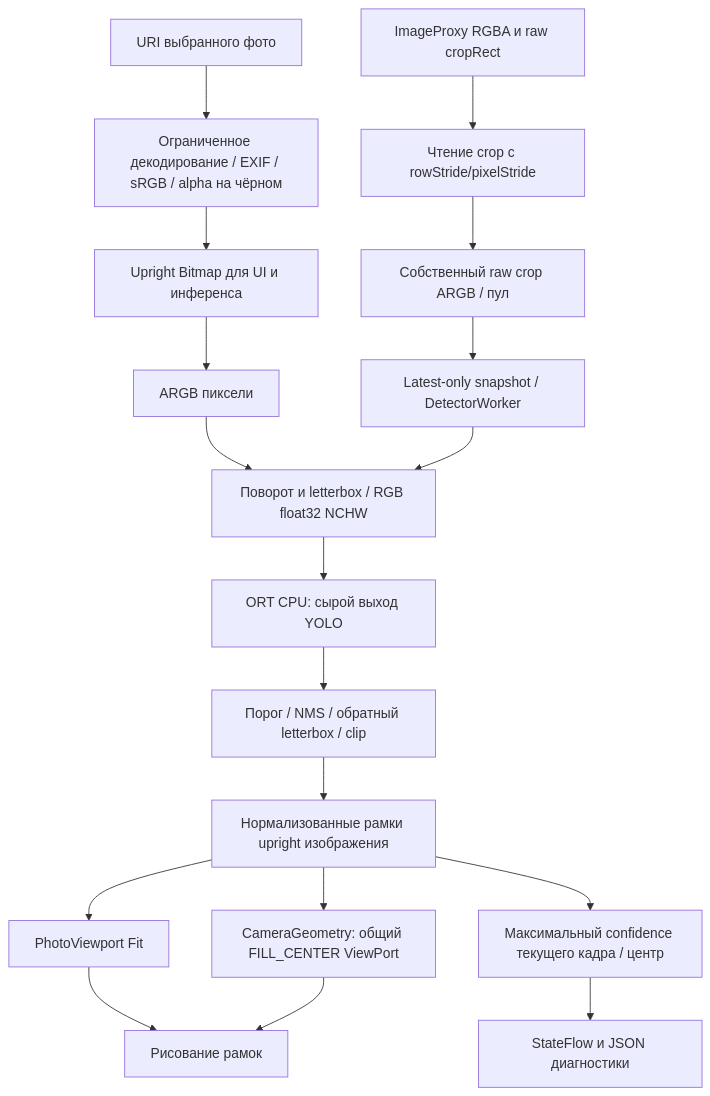
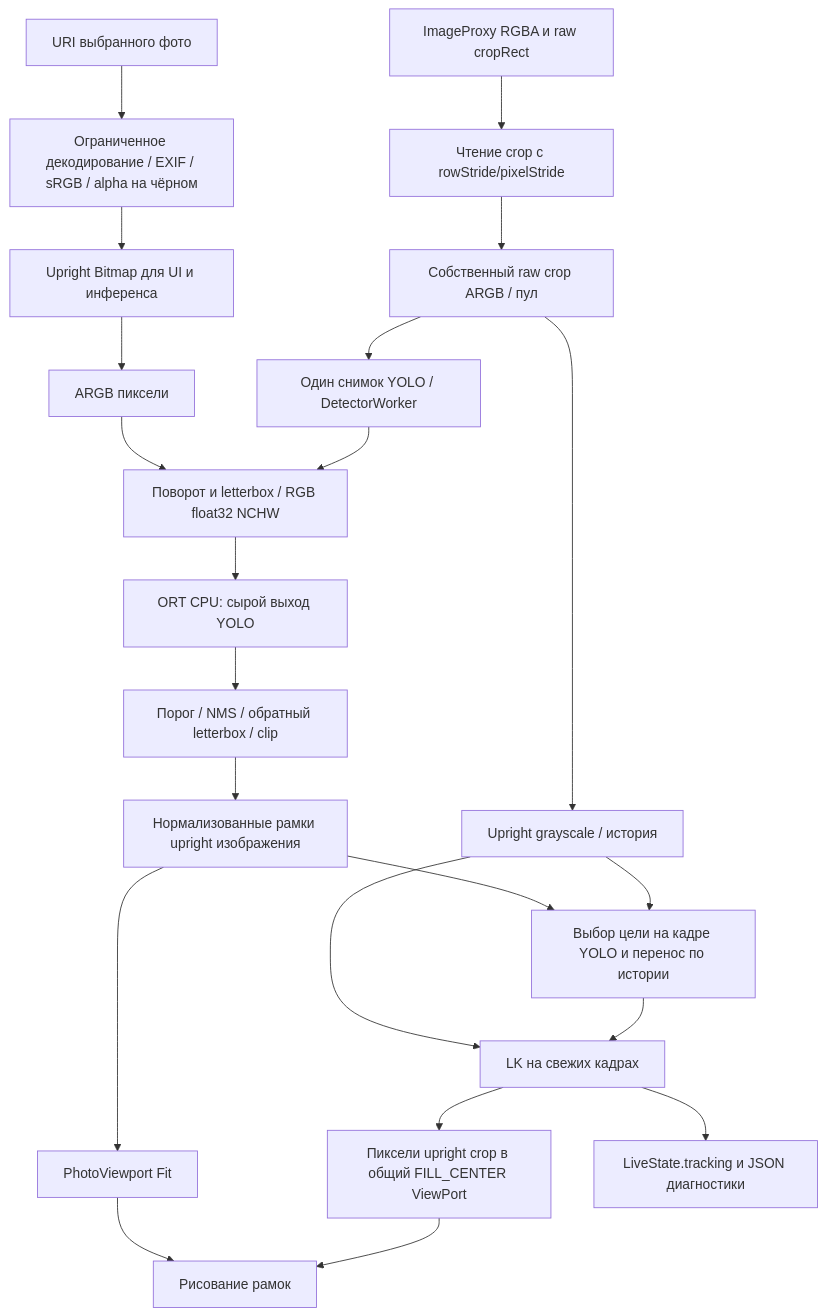
Before and after one commit to Kr1st10/drone-cv-android-prototype: the diagram in docs/architecture/data-flow.md, drawn with Mermaid. The commit also changed other lines of this file and 34 other files, not shown here.

Commit message:
feat: track live camera targets between YOLO checks

````diff
--- a/docs/architecture/data-flow.md
+++ b/docs/architecture/data-flow.md
@@ -7,20 +7,24 @@
 ```mermaid
 flowchart TD
     P[URI выбранного фото] --> D[Ограниченное декодирование / EXIF / sRGB / alpha на чёрном]
     D --> B[Upright Bitmap для UI и инференса]
     B --> A[ARGB пиксели]
     C[ImageProxy RGBA и raw cropRect] --> R[Чтение crop с rowStride/pixelStride]
     R --> A2[Собственный raw crop ARGB / пул]
     A --> Pre[Поворот и letterbox / RGB float32 NCHW]
-    A2 --> Queue[Latest-only snapshot / DetectorWorker]
+    A2 --> Queue[Один снимок YOLO / DetectorWorker]
+    A2 --> Gray[Upright grayscale / история]
+    Gray --> Track[LK на свежих кадрах]
     Queue --> Pre
     Pre --> ORT[ORT CPU: сырой выход YOLO]
     ORT --> Post[Порог / NMS / обратный letterbox / clip]
     Post --> Norm[Нормализованные рамки upright изображения]
     Norm --> Photo[PhotoViewport Fit]
-    Norm --> Camera[CameraGeometry: общий FILL_CENTER ViewPort]
-    Norm --> Target[Максимальный confidence текущего кадра / центр]
-    Target --> Signal[StateFlow и JSON диагностики]
+    Norm --> Correct[Выбор цели на кадре YOLO и перенос по истории]
+    Gray --> Correct
+    Correct --> Track
+    Track --> Camera[Пиксели upright crop в общий FILL_CENTER ViewPort]
+    Track --> Signal[LiveState.tracking и JSON диагностики]
     Photo --> Draw[Рисование рамок]
     Camera --> Draw
 ```
````
